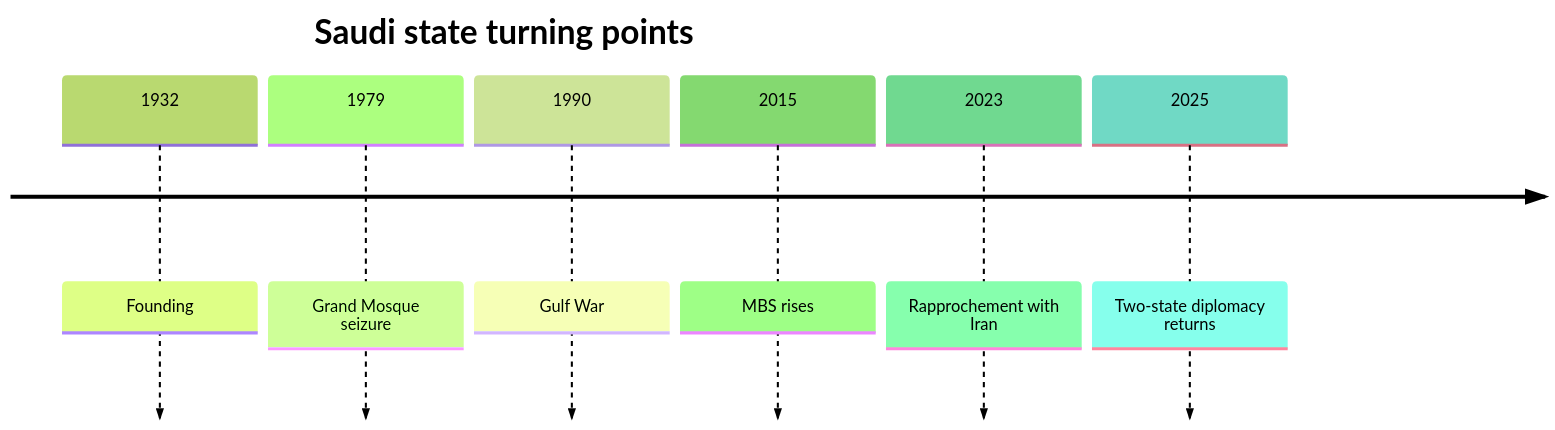
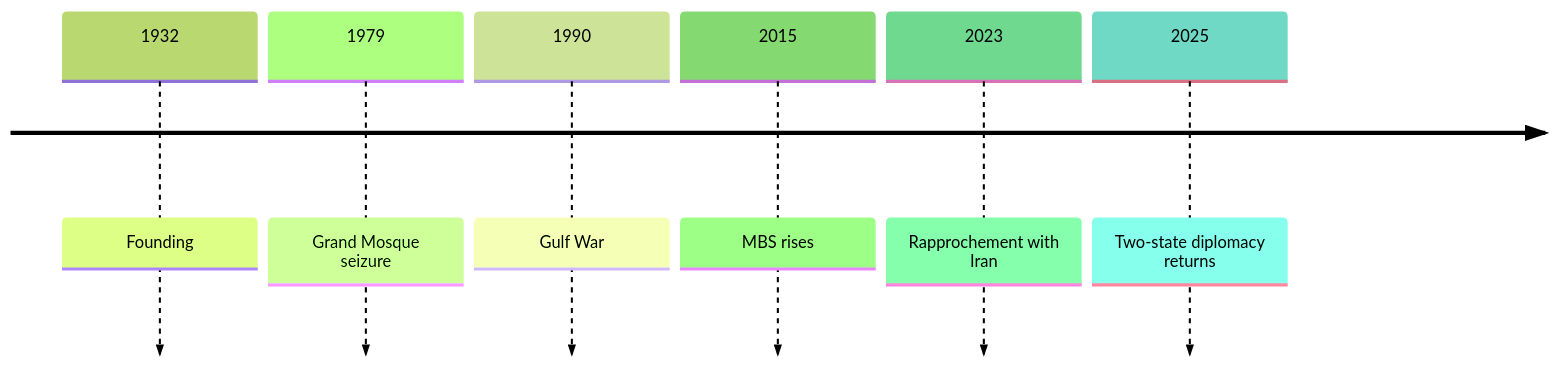
Before and after one commit to daylight55/research: the second of 2 diagrams in articles/report/saudi-arabia-geopolitical-profile/en/index.mdx, drawn with Mermaid (forest theme). The commit also changed other lines of this file and 181 other files, not shown here.

First line of the commit message:
全記事の図解368点を再生成し、共通注意書きを削除 (#402)

````diff
--- a/articles/report/saudi-arabia-geopolitical-profile/en/index.mdx
+++ b/articles/report/saudi-arabia-geopolitical-profile/en/index.mdx
@@ -49,10 +57,13 @@
 ```mermaid
 timeline
-  title Saudi state turning points
+  accTitle: Saudi state formation and policy shifts
+  accDescr: The chronology covers state formation, the 1979 crisis, the Gulf War, MBS, Iran relations and Palestinian diplomacy.
+  accTitle: Saudi state formation and policy shifts
+  accDescr: The chronology covers state formation, the 1979 crisis, the Gulf War, MBS, Iran relations and Palestinian diplomacy.
   1932 : Founding
   1979 : Grand Mosque seizure
   1990 : Gulf War
   2015 : MBS rises
   2023 : Rapprochement with Iran
   2025 : Two-state diplomacy returns
 ```
````
